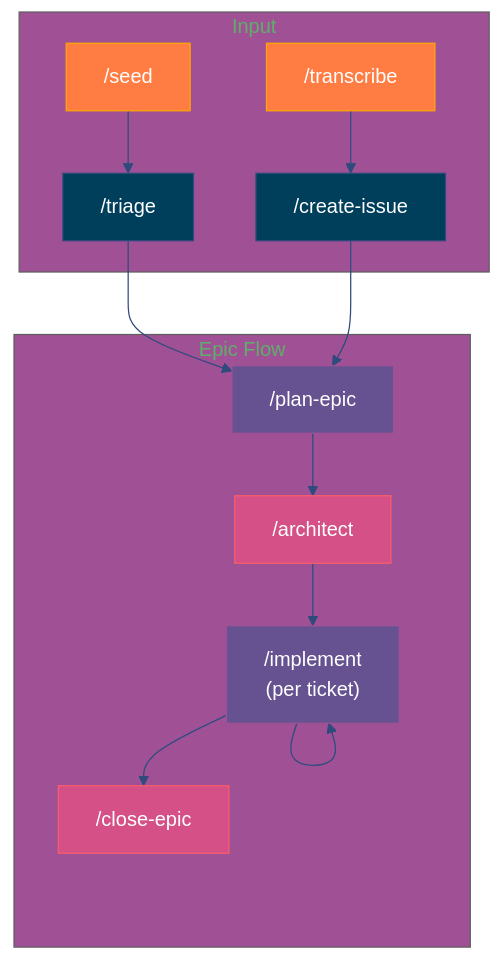
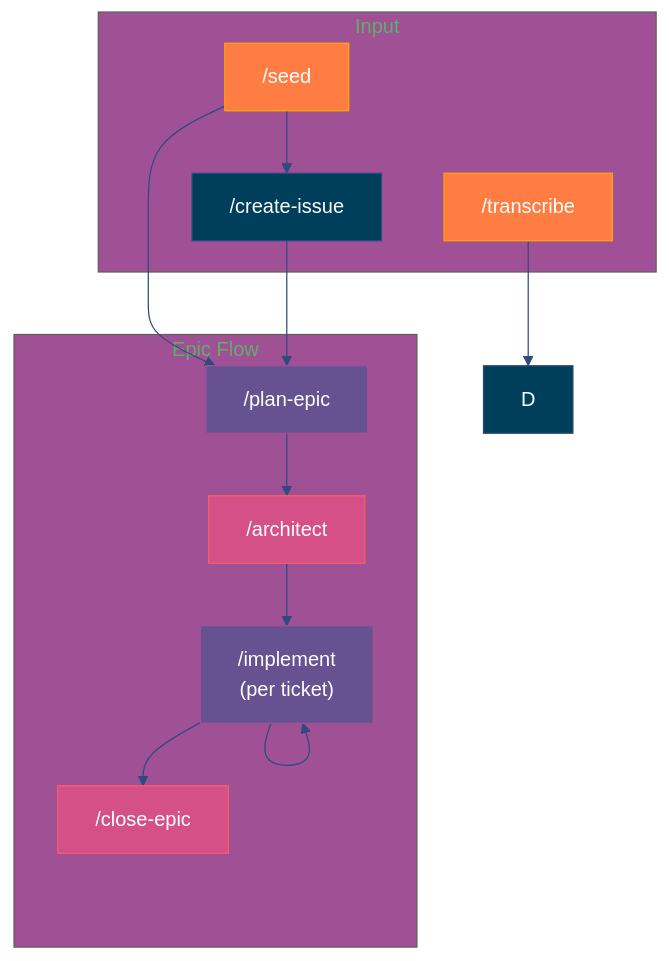
The first of 3 diagrams in README.md (plwp/chief-wiggum), drawn with Mermaid before and after one commit. The commit also changed other lines of this file and 4 other files, not shown here.

````diff
--- a/README.md
+++ b/README.md
@@ -54,31 +53,30 @@
 ```mermaid
 %%{init: {'theme': 'base', 'themeVariables': {'primaryColor': '#003f5c', 'primaryTextColor': '#fff', 'primaryBorderColor': '#2f4b7c', 'secondaryColor': '#665191', 'tertiaryColor': '#a05195', 'lineColor': '#2f4b7c', 'textColor': '#333'}}}%%
 graph TD
     subgraph "Input"
         A["/transcribe"]:::entry
         B["/seed"]:::entry
-        C["/triage"]:::default
-        D["/create-issue"]:::default
+        C["/create-issue"]:::default
     end
 
     subgraph "Epic Flow"
         E["/plan-epic"]:::modified
         F["/architect"]:::new
         G["/implement<br/>(per ticket)"]:::modified
         H["/close-epic"]:::new
     end
 
     A --> D
     B --> C
+    B --> E
     C --> E
-    D --> E
     E --> F
     F --> G
     G --> G
     G --> H
 
     classDef entry fill:#ff7c43,stroke:#ffa600,color:#fff
     classDef default fill:#003f5c,stroke:#2f4b7c,color:#fff
     classDef modified fill:#665191,stroke:#a05195,color:#fff
     classDef new fill:#d45087,stroke:#f95d6a,color:#fff
 ```
````
